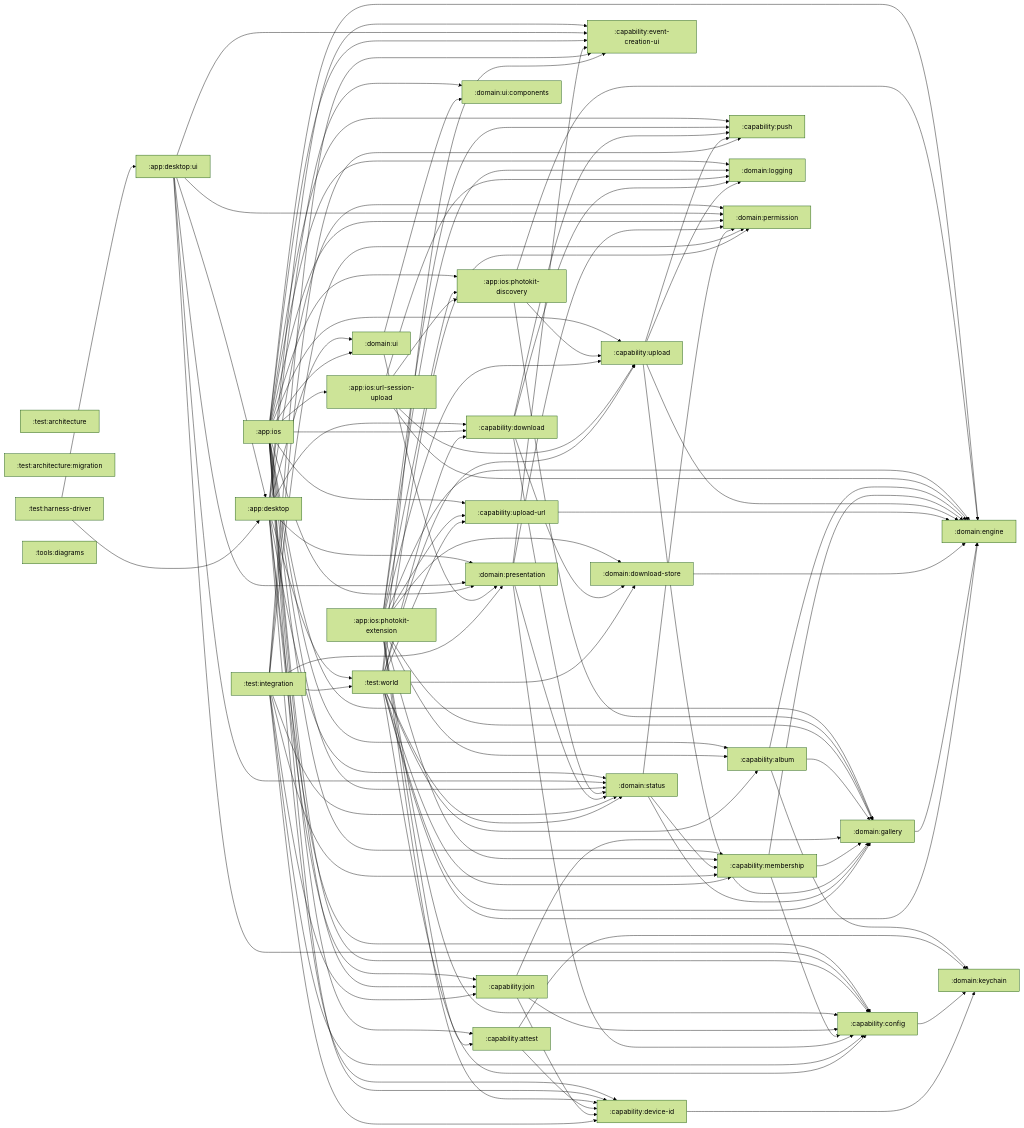
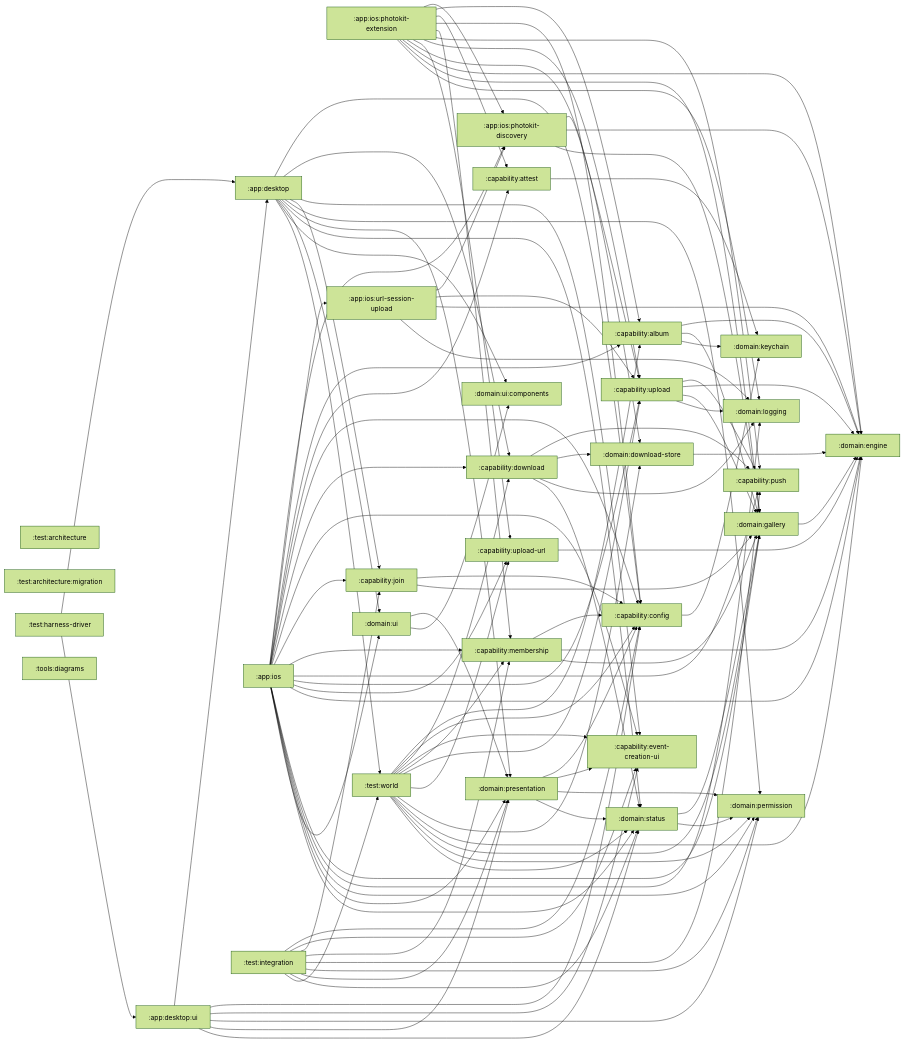
The diagram in architecture/modules.md (stefanhoelzl/SnapSync), drawn with Mermaid (forest theme) before and after one commit. The commit also changed 67 other files, not shown here.

First line of the commit message:
feat(architecture): migration step 1 — delete dead weight

```diff
--- a/architecture/modules.md
+++ b/architecture/modules.md
@@ -15,7 +15,6 @@
   capability_album[":capability:album"]
   capability_attest[":capability:attest"]
   capability_config[":capability:config"]
-  capability_device_id[":capability:device-id"]
   capability_download[":capability:download"]
   capability_event_creation_ui[":capability:event-creation-ui"]
   capability_join[":capability:join"]
@@ -40,7 +39,6 @@
   test_world[":test:world"]
   tools_diagrams[":tools:diagrams"]
   app_desktop --> capability_config
-  app_desktop --> capability_device_id
   app_desktop --> capability_download
   app_desktop --> capability_event_creation_ui
   app_desktop --> capability_join
@@ -61,7 +59,6 @@
   app_ios --> capability_album
   app_ios --> capability_attest
   app_ios --> capability_config
-  app_ios --> capability_device_id
   app_ios --> capability_download
   app_ios --> capability_event_creation_ui
   app_ios --> capability_join
@@ -83,7 +80,6 @@
   app_ios_photokit_extension --> capability_album
   app_ios_photokit_extension --> capability_attest
   app_ios_photokit_extension --> capability_config
-  app_ios_photokit_extension --> capability_device_id
   app_ios_photokit_extension --> capability_membership
   app_ios_photokit_extension --> capability_push
   app_ios_photokit_extension --> capability_upload
@@ -99,16 +95,13 @@
   capability_album --> domain_engine
   capability_album --> domain_gallery
   capability_album --> domain_keychain
-  capability_attest --> capability_device_id
   capability_attest --> domain_keychain
   capability_config --> domain_keychain
-  capability_device_id --> domain_keychain
   capability_download --> capability_push
   capability_download --> domain_download_store
   capability_download --> domain_logging
   capability_download --> domain_status
   capability_join --> capability_config
-  capability_join --> capability_device_id
   capability_join --> domain_gallery
   capability_membership --> capability_config
   capability_membership --> domain_engine
@@ -124,7 +117,6 @@
   domain_presentation --> capability_event_creation_ui
   domain_presentation --> domain_permission
   domain_presentation --> domain_status
-  domain_status --> capability_membership
   domain_status --> domain_gallery
   domain_status --> domain_permission
   domain_ui --> domain_presentation
@@ -132,7 +124,6 @@
   test_harness_driver --> app_desktop
   test_harness_driver --> app_desktop_ui
   test_integration --> capability_config
-  test_integration --> capability_device_id
   test_integration --> capability_event_creation_ui
   test_integration --> capability_join
   test_integration --> capability_membership
```
